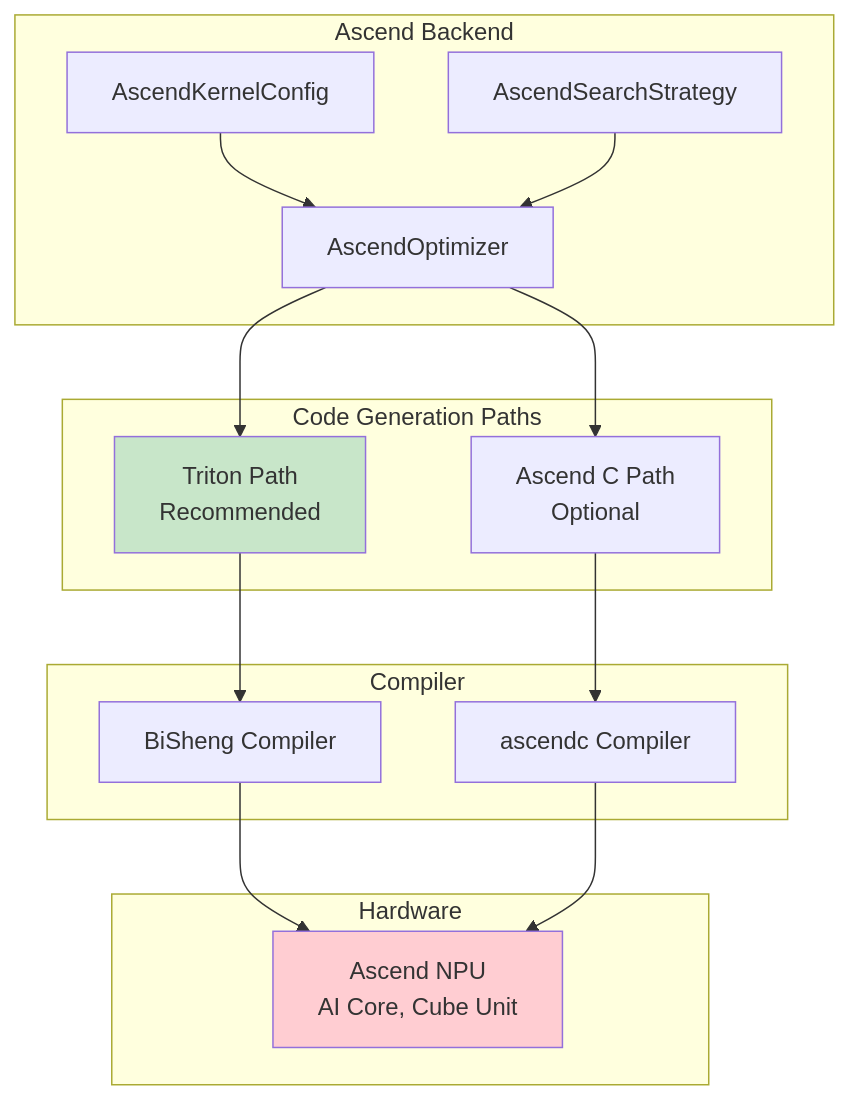
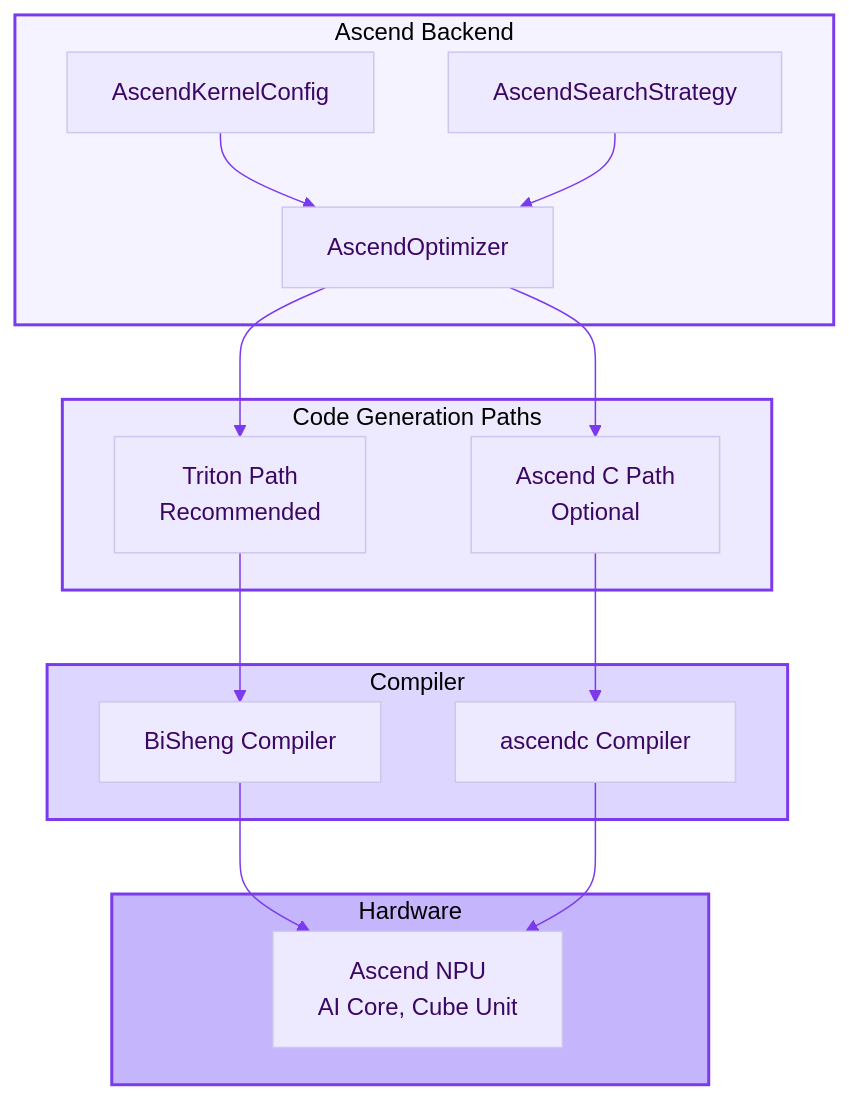
One commit to chenxingqiang/YiRage changed the seventh of 13 diagrams in docs/architecture.md. Above: the diagram before and after it, drawn with Mermaid. The commit also changed other lines of this file and 9 other files, not shown here.

First line of the commit message:
style: unify Mermaid diagrams to minimal purple theme

````diff
--- a/docs/architecture.md
+++ b/docs/architecture.md
@@ -201,31 +213,34 @@
 ```mermaid
+%%{init: {'theme': 'base', 'themeVariables': { 'primaryColor': '#ede9fe', 'primaryTextColor': '#3b0764', 'lineColor': '#7c3aed'}}}%%
 graph TB
-    subgraph "Ascend Backend"
+    subgraph ASCEND["Ascend Backend"]
         A[AscendOptimizer]
         B[AscendKernelConfig]
         C[AscendSearchStrategy]
     end
 
-    subgraph "Code Generation Paths"
+    subgraph PATH["Code Generation Paths"]
         D[Triton Path<br/>Recommended]
         E[Ascend C Path<br/>Optional]
     end
 
-    subgraph "Compiler"
+    subgraph COMP["Compiler"]
         F[BiSheng Compiler]
         G[ascendc Compiler]
     end
 
-    subgraph "Hardware"
+    subgraph HW["Hardware"]
         H[Ascend NPU<br/>AI Core, Cube Unit]
     end
 
     A --> D & E
     D --> F --> H
     E --> G --> H
     B --> A
     C --> A
 
-    style D fill:#c8e6c9
-    style H fill:#ffcdd2
+    style ASCEND fill:#f5f3ff,stroke:#7c3aed,stroke-width:2px
+    style PATH fill:#ede9fe,stroke:#7c3aed,stroke-width:2px
+    style COMP fill:#ddd6fe,stroke:#7c3aed,stroke-width:2px
+    style HW fill:#c4b5fd,stroke:#7c3aed,stroke-width:2px
 ```
````
